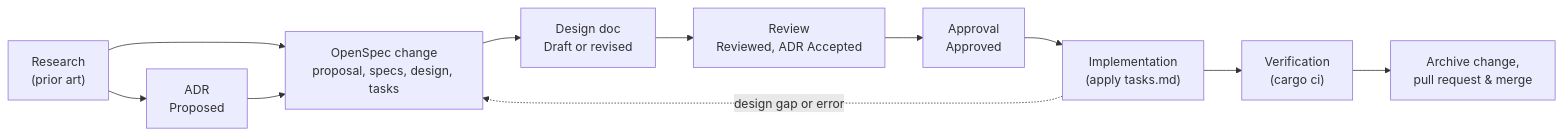
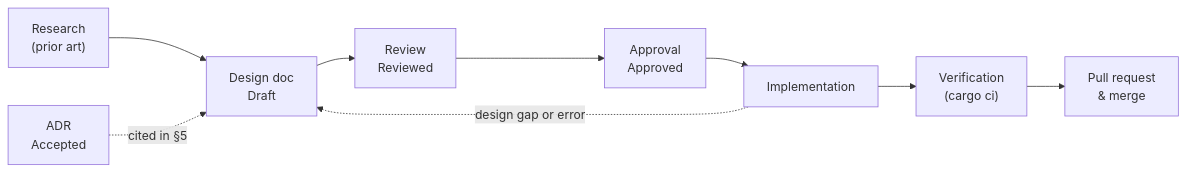
The diagram in CONTRIBUTING.md (Dyse-Industries/control-rs), drawn with Mermaid before and after one commit. The commit also changed other lines of this file and 9 other files, not shown here.

First line of the commit message:
Drop OpenSpec; link ADRs to the requirements they constrain

````diff
--- a/CONTRIBUTING.md
+++ b/CONTRIBUTING.md
@@ -20,13 +20,11 @@
 ```mermaid
 flowchart LR
-    R["Research<br/>(prior art)"] --> X["ADR<br/>Proposed"]
-    R --> P["OpenSpec change<br/>proposal, specs, design, tasks"]
-    X --> P
-    P --> D["Design doc<br/>Draft or revised"]
-    D --> V["Review<br/>Reviewed, ADR Accepted"]
+    R["Research<br/>(prior art)"] --> D["Design doc<br/>Draft"]
+    D --> V["Review<br/>Reviewed"]
     V --> A["Approval<br/>Approved"]
-    A --> I["Implementation<br/>(apply tasks.md)"]
+    A --> I["Implementation"]
     I --> Q["Verification<br/>(cargo ci)"]
-    Q --> M["Archive change,<br/>pull request & merge"]
-    I -. "design gap or error" .-> P
+    Q --> M["Pull request<br/>& merge"]
+    I -. "design gap or error" .-> D
+    X["ADR<br/>Accepted"] -. "cited in §5" .-> D
 ```
````
